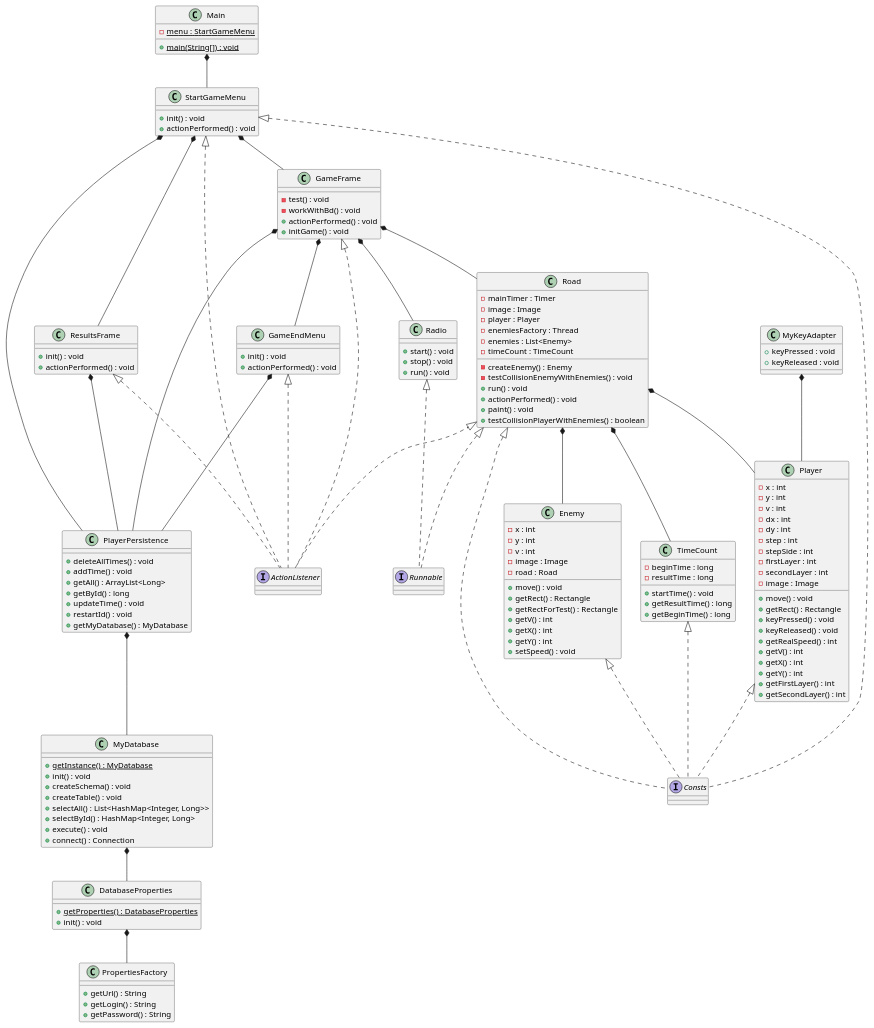
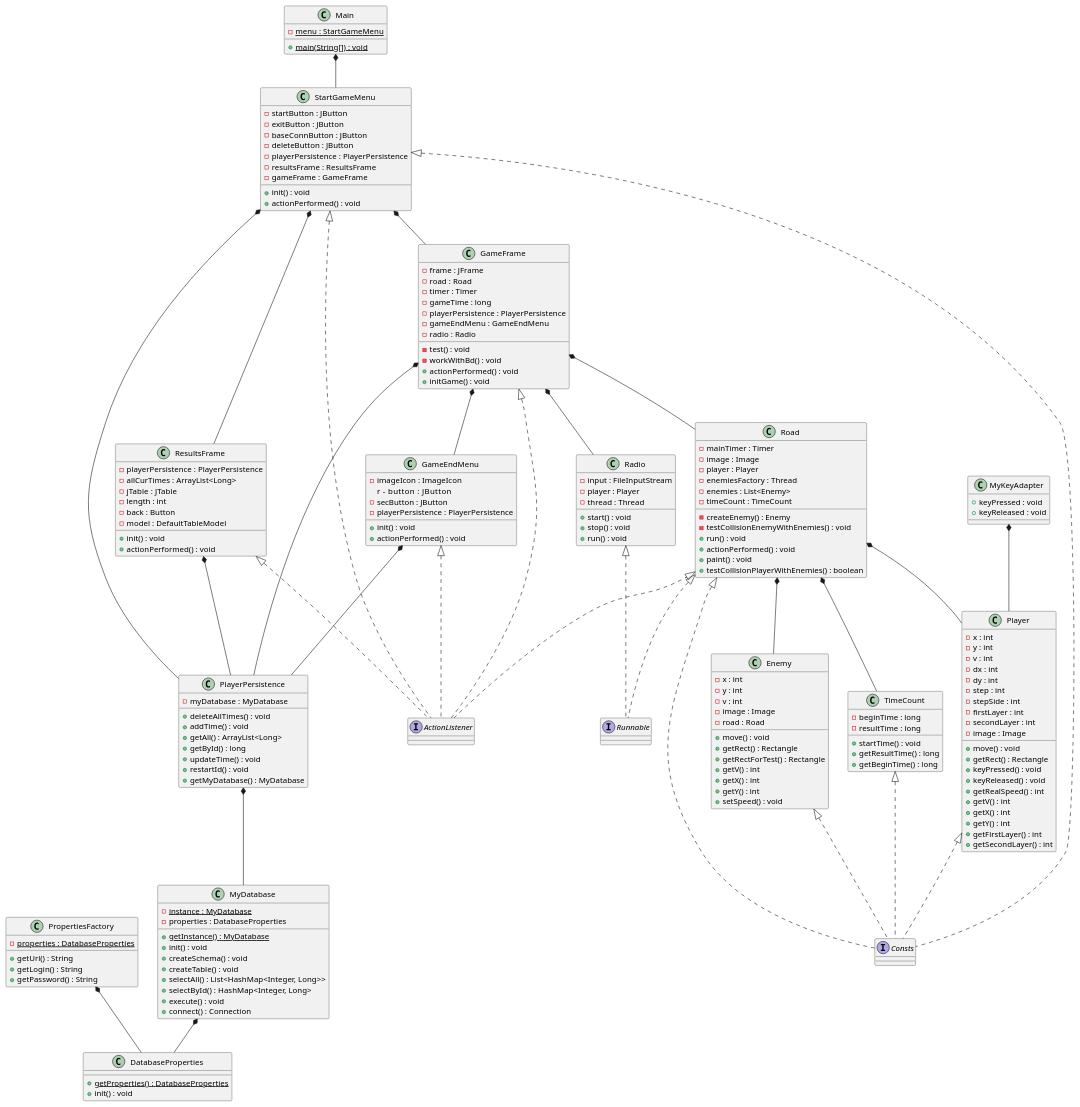
The diagram in src/main/resources/uml/player.puml (VanVagn/RaceGame), drawn with PlantUML before and after one commit. The commit also changed 3 other files, not shown here.

Commit message:
correcting uml

```diff
--- a/src/main/resources/uml/player.puml
+++ b/src/main/resources/uml/player.puml
@@ -7,12 +7,26 @@
 }
 
 class StartGameMenu {
+    - startButton : JButton
+    - exitButton : JButton
+    - baseConnButton : JButton
+    - deleteButton : JButton
+    - playerPersistence : PlayerPersistence
+    - resultsFrame : ResultsFrame
+    - gameFrame : GameFrame
     + init() : void
     + actionPerformed() : void
 
 }
 
 class GameFrame {
+    - frame : JFrame
+    - road : Road
+    - timer : Timer
+    - gameTime : long
+    - playerPersistence : PlayerPersistence
+    - gameEndMenu : GameEndMenu
+    - radio : Radio
     - test() : void
     - workWithBd() : void
     + actionPerformed() : void
@@ -20,11 +34,21 @@
 }
 
 class ResultsFrame {
+    - playerPersistence : PlayerPersistence
+    - allCurTimes : ArrayList<Long>
+    - jTable : JTable
+    - length : int
+    - back : Button
+    - model : DefaultTableModel
     + init() : void
     + actionPerformed() : void
 }
 
 class GameEndMenu {
+    - imageIcon : ImageIcon
+r    - button : JButton
+    - secButton : JButton
+    - playerPersistence : PlayerPersistence
     + init() : void
     + actionPerformed() : void
 }
@@ -91,6 +115,7 @@
 }
 
 class PlayerPersistence {
+    - myDatabase : MyDatabase
     + deleteAllTimes() : void
     + addTime() : void
     + getAll() : ArrayList<Long>
@@ -101,6 +126,8 @@
 }
 
 class MyDatabase {
+    - {static} instance : MyDatabase
+    - properties : DatabaseProperties
     + {static} getInstance() : MyDatabase
     + init() : void
     + createSchema() : void
@@ -118,6 +145,7 @@
 }
 
 class PropertiesFactory {
+    - {static} properties : DatabaseProperties
     + getUrl() : String
     + getLogin() : String
     + getPassword() : String
@@ -129,6 +157,9 @@
 }
 
 class Radio {
+    - input : FileInputStream
+    - player : Player
+    - thread : Thread
     + start() : void
     + stop() : void
     + run() : void
@@ -176,7 +207,7 @@
 
 PlayerPersistence *-- MyDatabase
 MyDatabase *-- DatabaseProperties
-DatabaseProperties *--PropertiesFactory
+PropertiesFactory *-- DatabaseProperties
 
 TimeCount <|.. Consts
 Player <|.. Consts
```
